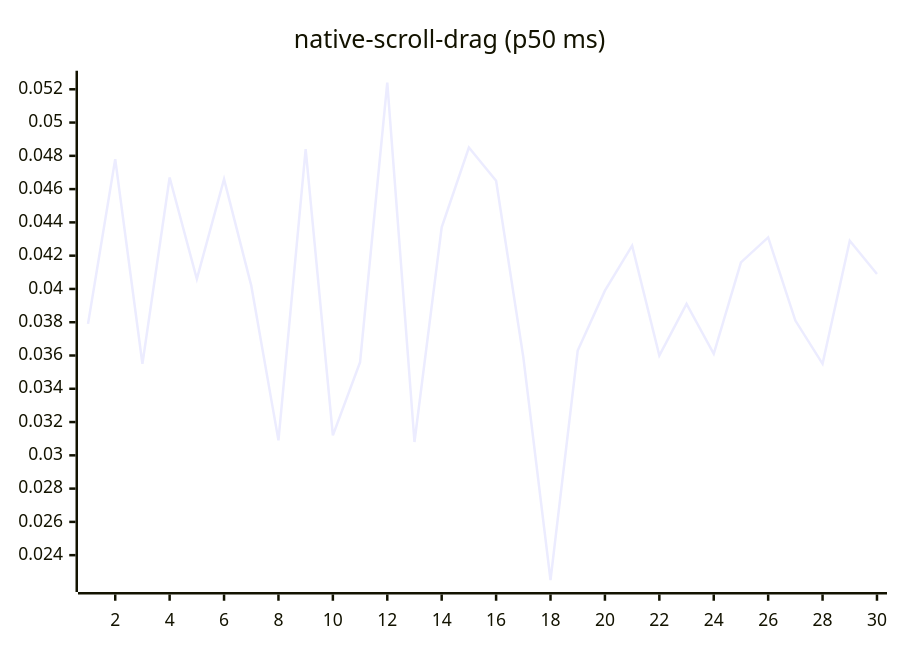
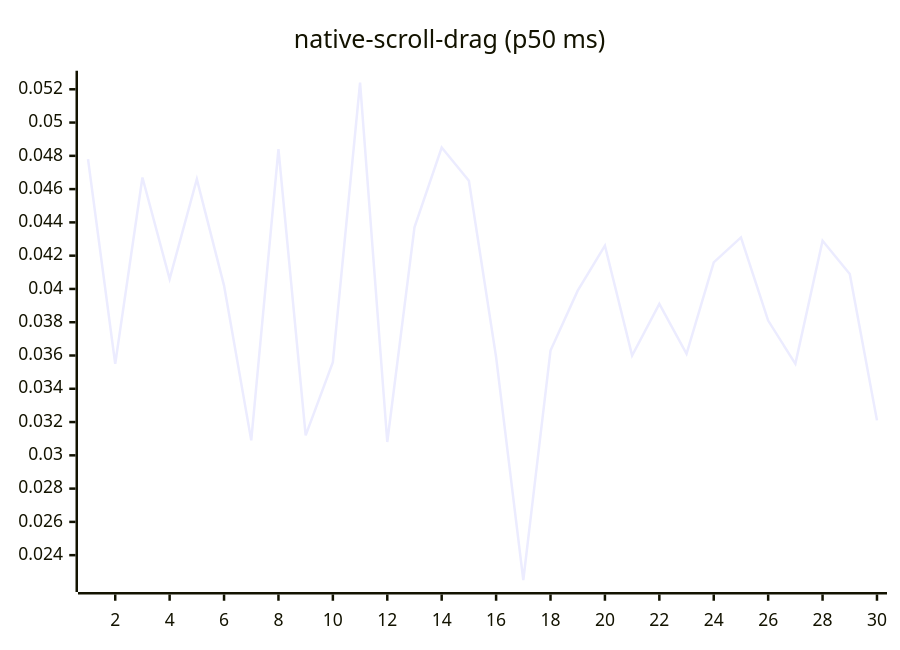
One commit to josha/Facet changed diagram 14 of 27 in README.md. Above: the diagram before and after it, drawn with Mermaid. The commit also changed other lines of this file and 2 other files, not shown here.

````diff
--- a/README.md
+++ b/README.md
@@ -154,6 +154,6 @@
 ```mermaid
 xychart-beta
     title "native-scroll-drag (p50 ms)"
     x-axis 1 --> 30
-    line [0.0379, 0.0478, 0.0355, 0.0467, 0.0406, 0.0466, 0.0402, 0.0309, 0.0484, 0.0312, 0.0356, 0.0524, 0.0308, 0.0437, 0.0485, 0.0465, 0.0359, 0.0225, 0.0363, 0.0399, 0.0426, 0.0360, 0.0391, 0.0361, 0.0416, 0.0431, 0.0381, 0.0355, 0.0429, 0.0409]
+    line [0.0478, 0.0355, 0.0467, 0.0406, 0.0466, 0.0402, 0.0309, 0.0484, 0.0312, 0.0356, 0.0524, 0.0308, 0.0437, 0.0485, 0.0465, 0.0359, 0.0225, 0.0363, 0.0399, 0.0426, 0.0360, 0.0391, 0.0361, 0.0416, 0.0431, 0.0381, 0.0355, 0.0429, 0.0409, 0.0321]
 ```
````
